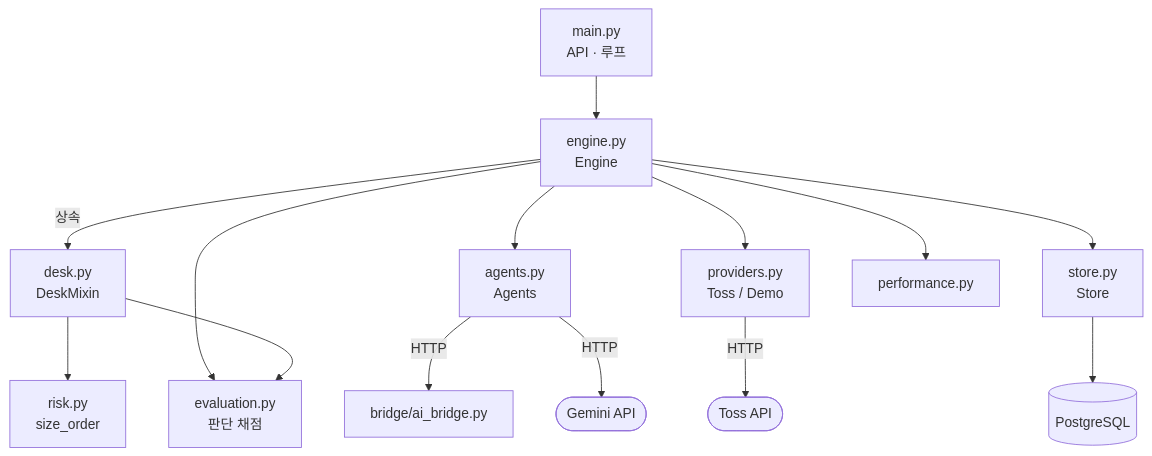
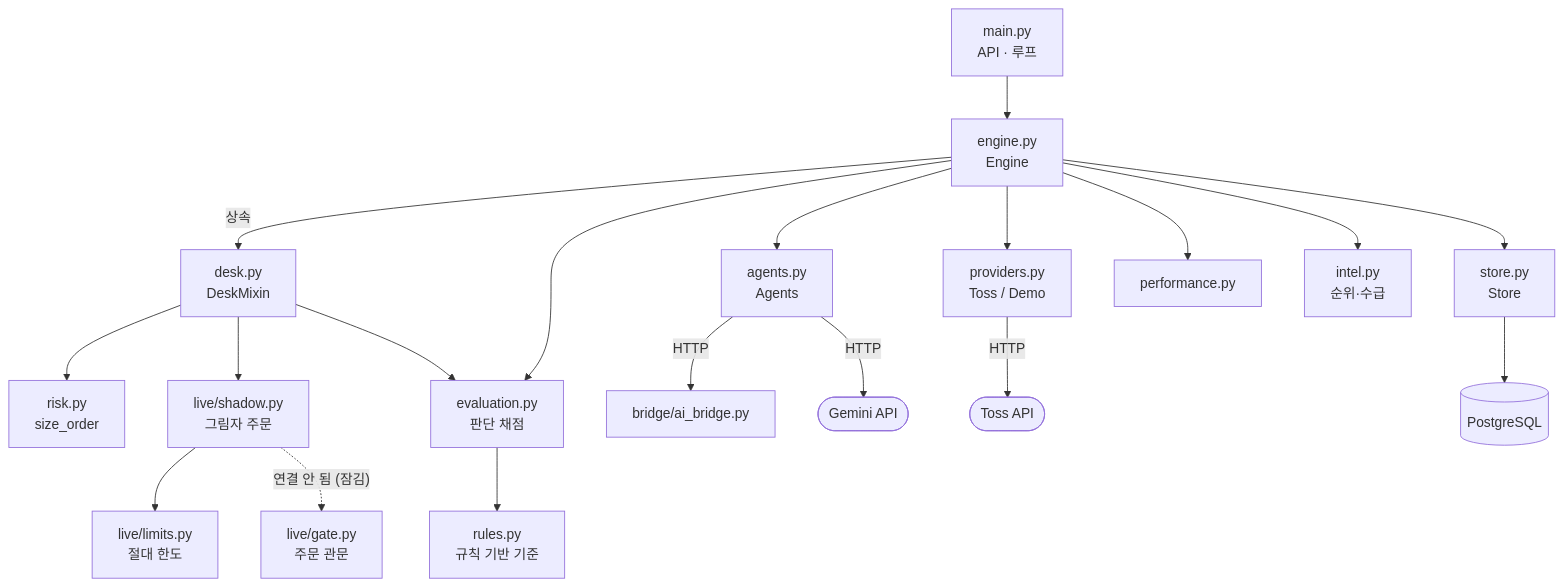
Before and after one commit to eshir0/stock-lab: the sixth of 6 diagrams in README.md, drawn with Mermaid. The commit also changed other lines of this file and 24 other files, not shown here.

````diff
--- a/README.md
+++ b/README.md
@@ -338,16 +432,21 @@
 ```mermaid
 flowchart TD
     main["main.py<br/>API · 루프"] --> engine["engine.py<br/>Engine"]
     engine -->|상속| desk["desk.py<br/>DeskMixin"]
     engine --> agents["agents.py<br/>Agents"]
     engine --> providers["providers.py<br/>Toss / Demo"]
     engine --> store["store.py<br/>Store"]
     desk --> risk["risk.py<br/>size_order"]
     engine --> perf["performance.py"]
     engine --> ev["evaluation.py<br/>판단 채점"]
     desk --> ev
+    ev --> rules["rules.py<br/>규칙 기반 기준"]
+    engine --> intel["intel.py<br/>순위·수급"]
+    desk --> shadow["live/shadow.py<br/>그림자 주문"]
+    shadow --> limits["live/limits.py<br/>절대 한도"]
+    shadow -.->|"연결 안 됨 (잠김)"| gate["live/gate.py<br/>주문 관문"]
     agents -->|HTTP| bridge["bridge/ai_bridge.py"]
     agents -->|HTTP| gemini(["Gemini API"])
     providers -->|HTTP| toss(["Toss API"])
     store --> pg[("PostgreSQL")]
 ```
````
